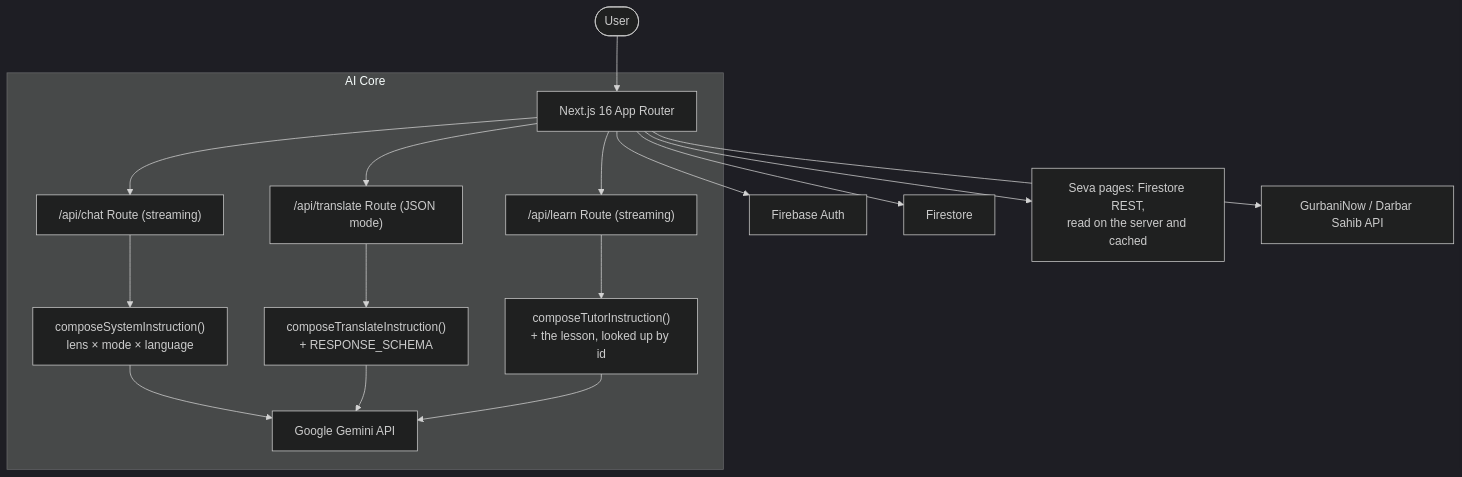
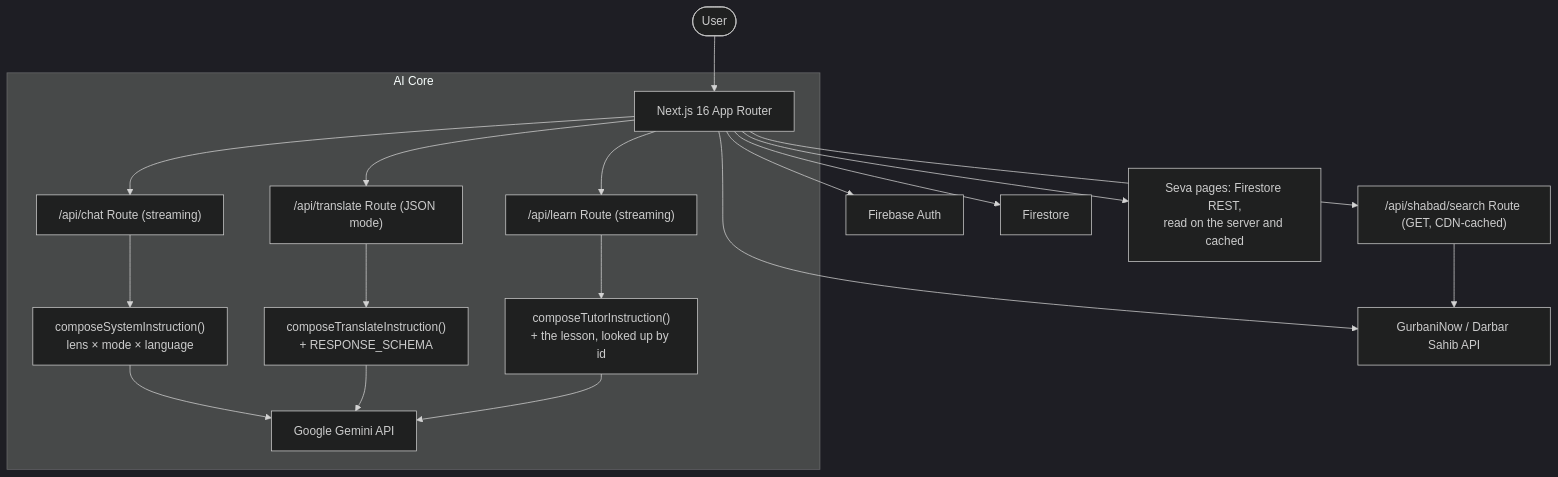
One commit to rohan1234usa/sikh-ai changed the diagram in README.md. Above: the diagram before and after it, drawn with Mermaid (dark theme). The commit also changed other lines of this file and 60 other files, not shown here.

First line of the commit message:
Shabad Search: find a shabad from one of its lines (#45)

````diff
--- a/README.md
+++ b/README.md
@@ -38,20 +38,22 @@
 ```mermaid
 graph TD
     User([User]) --> Next[Next.js 16 App Router]
     Next --> Auth[Firebase Auth]
     Next --> DB[Firestore]
     Next --> SevaPages["Seva pages: Firestore REST,<br/>read on the server and cached"]
     Next --> Hukam[GurbaniNow / Darbar Sahib API]
+    Next --> SRoute["/api/shabad/search Route (GET, CDN-cached)"]
+    SRoute --> Hukam
 
     subgraph "AI Core"
     Next --> Route["/api/chat Route (streaming)"]
     Route --> Compose["composeSystemInstruction()<br/>lens × mode × language"]
     Next --> TRoute["/api/translate Route (JSON mode)"]
     TRoute --> TCompose["composeTranslateInstruction()<br/>+ RESPONSE_SCHEMA"]
     Next --> LRoute["/api/learn Route (streaming)"]
     LRoute --> LCompose["composeTutorInstruction()<br/>+ the lesson, looked up by id"]
     Compose --> Gemini[Google Gemini API]
     TCompose --> Gemini
     LCompose --> Gemini
     end
 ```
````
